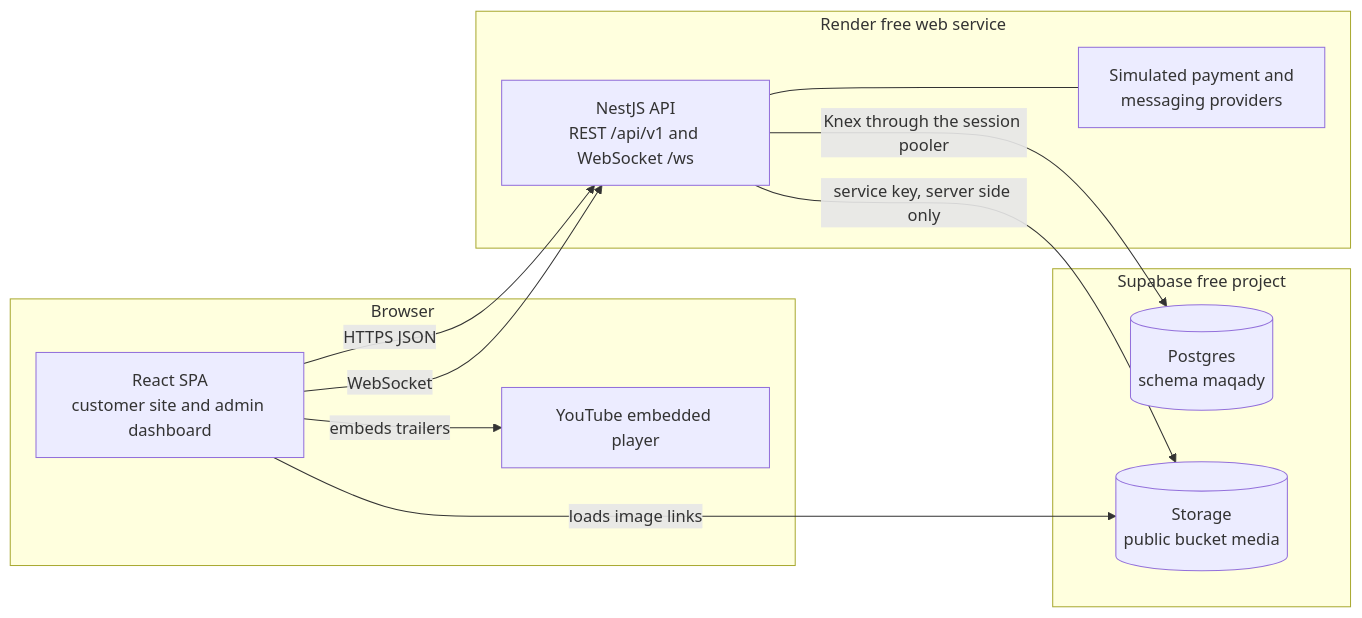
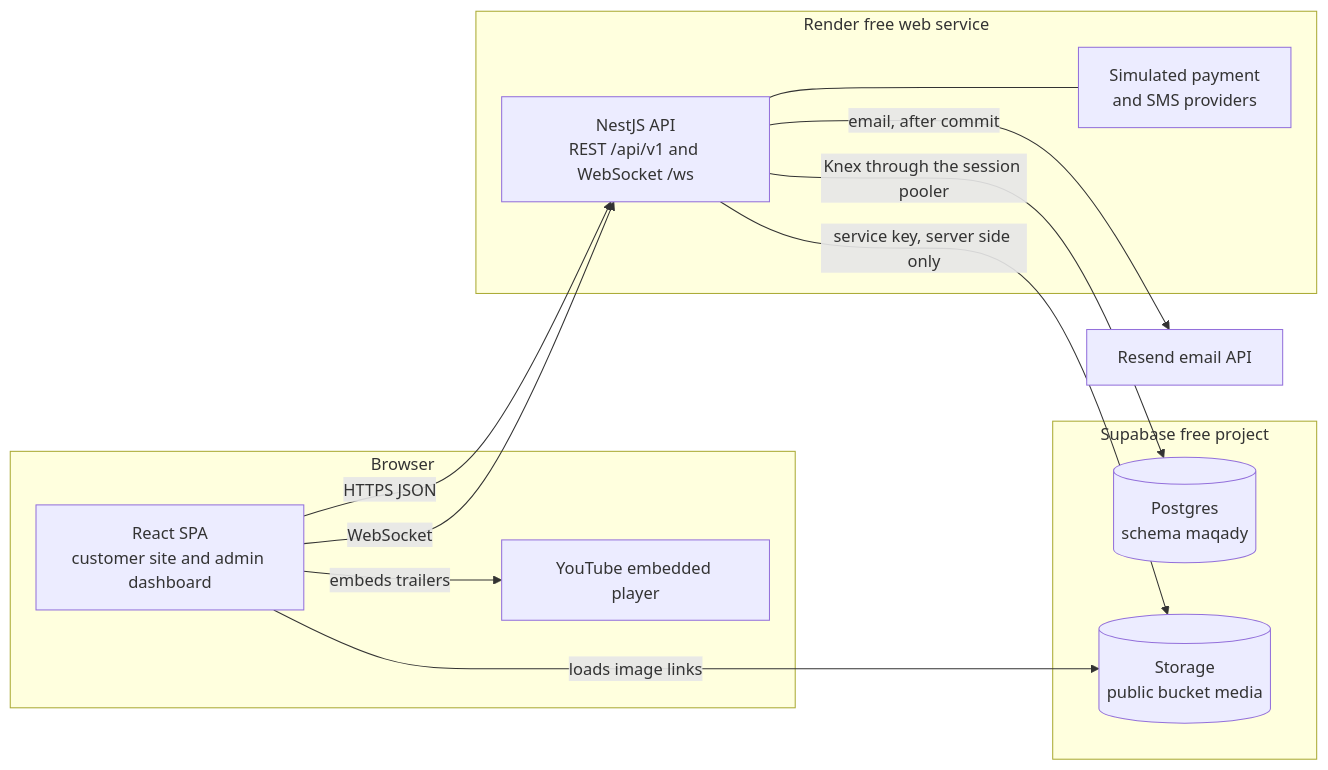
One commit to moalmobayed/maqady-backend changed the first of 3 diagrams in docs/system-design.md. Above: the diagram before and after it, drawn with Mermaid. The commit also changed other lines of this file and 3 other files, not shown here.

````diff
--- a/docs/system-design.md
+++ b/docs/system-design.md
@@ -76,22 +78,23 @@
 ```mermaid
 flowchart LR
   subgraph Browser
     FE["React SPA<br/>customer site and admin dashboard"]
     YT["YouTube embedded player"]
   end
   subgraph Render["Render free web service"]
     API["NestJS API<br/>REST /api/v1 and WebSocket /ws"]
-    SIM["Simulated payment and<br/>messaging providers"]
+    SIM["Simulated payment<br/>and SMS providers"]
   end
   subgraph Supabase["Supabase free project"]
     PG[("Postgres<br/>schema maqady")]
     ST[("Storage<br/>public bucket media")]
   end
   FE -- "HTTPS JSON" --> API
   FE -- "WebSocket" --> API
   FE -- "loads image links" --> ST
   FE -- "embeds trailers" --> YT
   API -- "Knex through the session pooler" --> PG
   API -- "service key, server side only" --> ST
   API --- SIM
+  API -- "email, after commit" --> RS["Resend email API"]
 ```
````
